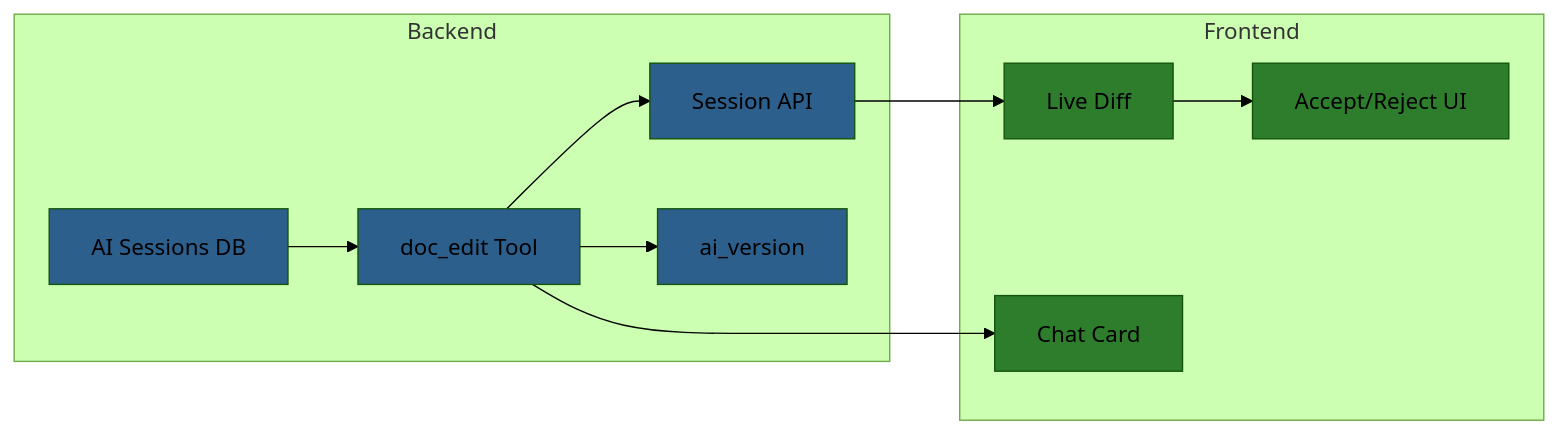
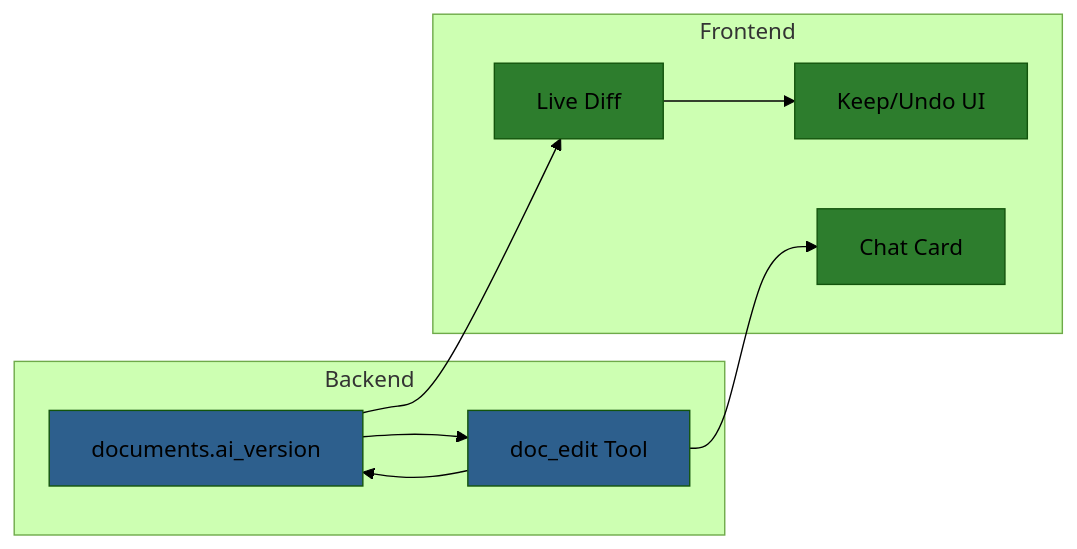
One commit to haowjy/meridian changed the first of 2 diagrams in _docs/plans/ai-editing/README.md. Above: the diagram before and after it, drawn with Mermaid (forest theme). The commit also changed other lines of this file and 18 other files, not shown here.

````diff
--- a/_docs/plans/ai-editing/README.md
+++ b/_docs/plans/ai-editing/README.md
@@ -16,23 +16,21 @@
 ```mermaid
 flowchart LR
     subgraph Backend
-        S[AI Sessions DB] --> T[doc_edit Tool] --> A[Session API]
-        T --> V[ai_version]
+        D[documents.ai_version] --> T[doc_edit Tool]
     end
 
     subgraph Frontend
-        D[Live Diff] --> U[Accept/Reject UI]
+        DIFF[Live Diff] --> UI[Keep/Undo UI]
         C[Chat Card]
     end
 
-    A --> D
+    T --> D
+    D --> DIFF
     T --> C
 
-    style S fill:#2d5f8d
+    style D fill:#2d5f8d
     style T fill:#2d5f8d
-    style A fill:#2d5f8d
-    style V fill:#2d5f8d
-    style D fill:#2d7d2d
-    style U fill:#2d7d2d
+    style DIFF fill:#2d7d2d
+    style UI fill:#2d7d2d
     style C fill:#2d7d2d
 ```
````
